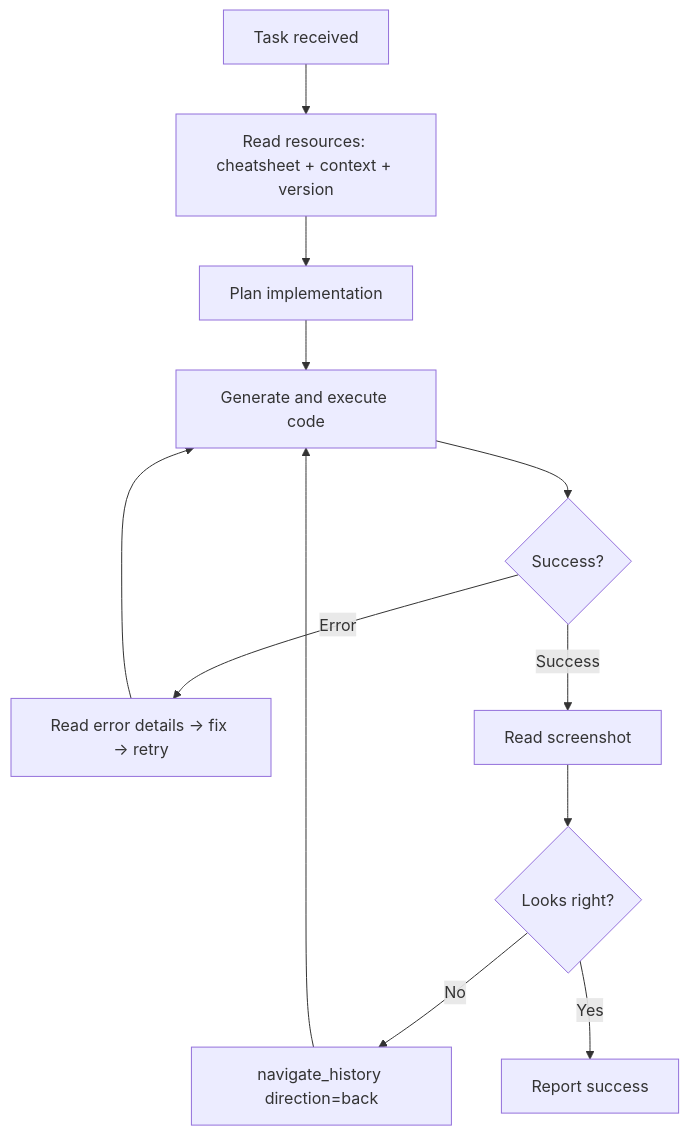
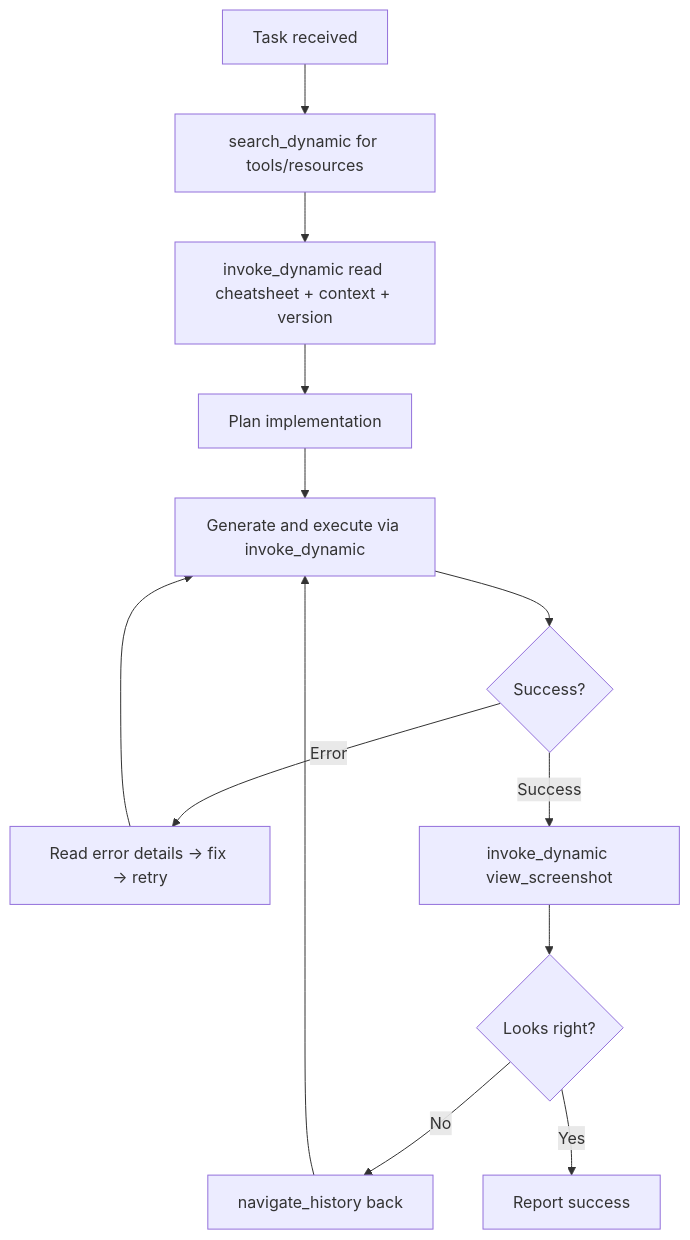
Before and after one commit to trgiangv/RevitDevTool: the fourth of 4 diagrams in docs/architecture/MCP/workflows.md, drawn with Mermaid. The commit also changed other lines of this file and 32 other files, not shown here.

First line of the commit message:
docs(mcp): platform architecture and product contracts for SDK 2.0

````diff
--- a/docs/architecture/MCP/workflows.md
+++ b/docs/architecture/MCP/workflows.md
@@ -70,14 +60,15 @@
 ```mermaid
 flowchart TD
-    Start[Task received] --> Read[Read resources: cheatsheet + context + version]
+    Start[Task received] --> Search[search_dynamic for tools/resources]
+    Search --> Read[invoke_dynamic read cheatsheet + context + version]
     Read --> Plan[Plan implementation]
-    Plan --> Code[Generate and execute code]
+    Plan --> Code[Generate and execute via invoke_dynamic]
     Code --> Check{Success?}
     Check -->|Error| Fix[Read error details → fix → retry]
     Fix --> Code
-    Check -->|Success| Verify[Read screenshot]
+    Check -->|Success| Verify[invoke_dynamic view_screenshot]
     Verify --> Visual{Looks right?}
-    Visual -->|No| Undo[navigate_history direction=back]
+    Visual -->|No| Undo[navigate_history back]
     Undo --> Code
     Visual -->|Yes| Done[Report success]
 ```
````
